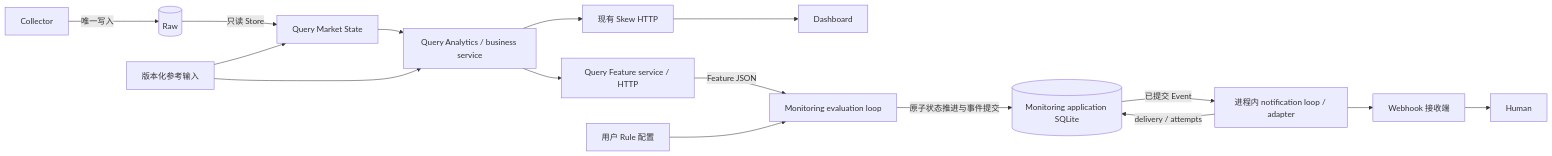
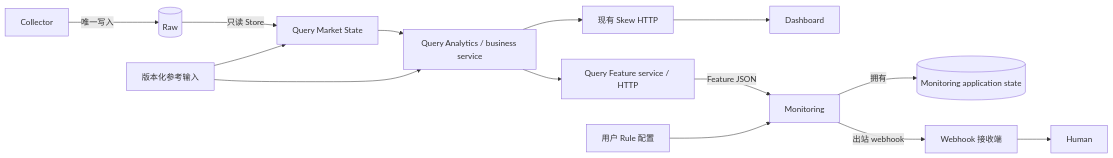
Before and after one commit to ougachakaaa/derivatives_monitor: the second of 2 diagrams in ARCHITECTURE.md, drawn with Mermaid. The commit also changed other lines of this file and 19 other files, not shown here.

````diff
--- a/ARCHITECTURE.md
+++ b/ARCHITECTURE.md
@@ -72,18 +71,16 @@
 ```mermaid
 flowchart LR
     C[Collector] -->|唯一写入| R[(Raw)]
     R -->|只读 Store| MS[Query Market State]
     REF[版本化参考输入] --> MS
     MS --> A[Query Analytics / business service]
     REF --> A
     A --> F[Query Feature service / HTTP]
     A --> API[现有 Skew HTTP]
     API --> D[Dashboard]
-    F -->|Feature JSON| M[Monitoring evaluation loop]
+    F -->|Feature JSON| M[Monitoring]
     CFG[用户 Rule 配置] --> M
-    M -->|原子状态推进与事件提交| DB[(Monitoring application SQLite)]
-    DB -->|已提交 Event| N[进程内 notification loop / adapter]
-    N -->|delivery / attempts| DB
-    N --> W[Webhook 接收端]
+    M -->|拥有| DB[(Monitoring application state)]
+    M -->|出站 webhook| W[Webhook 接收端]
     W --> H[Human]
 ```
````
